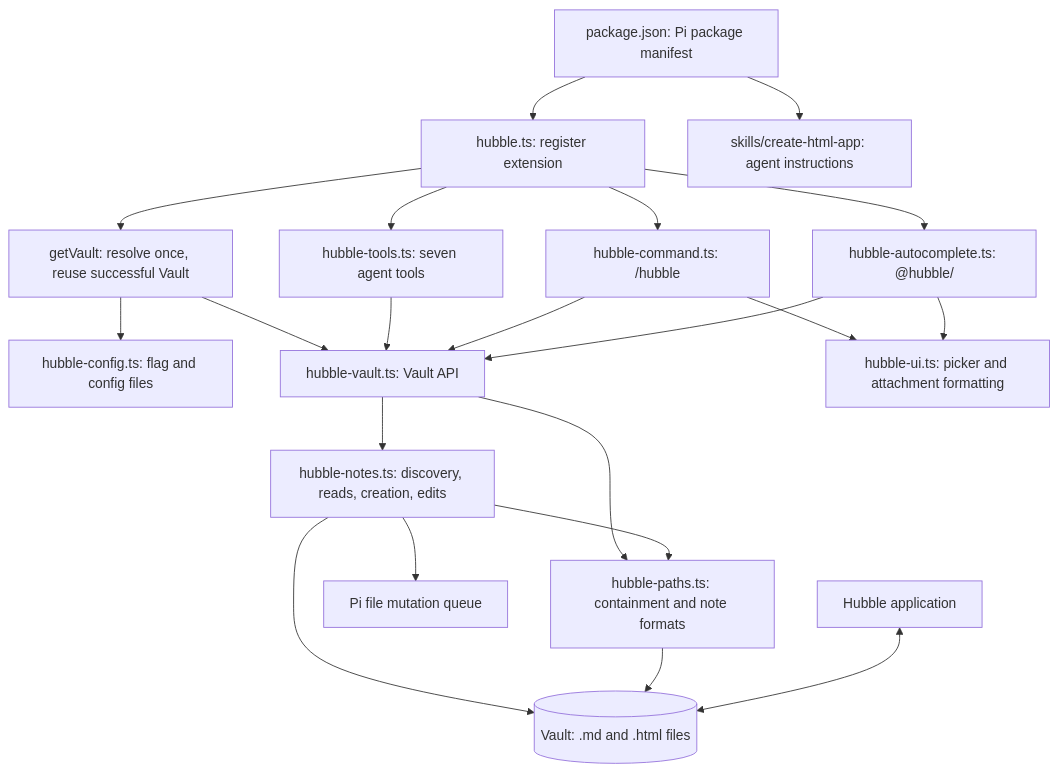
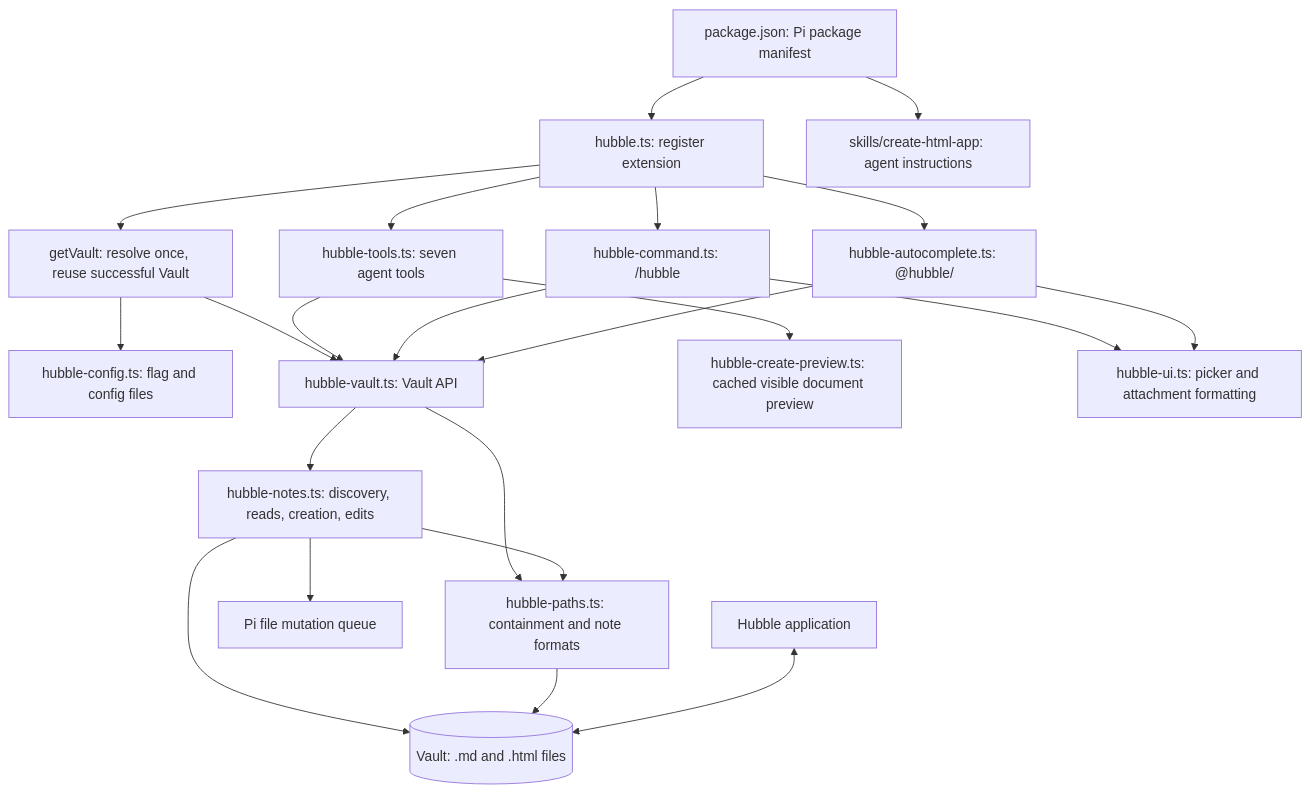
The first of 3 diagrams in ARCHITECTURE.md (jer-k/pi-hubble), drawn with Mermaid before and after one commit. The commit also changed other lines of this file and 24 other files, not shown here.

````diff
--- a/ARCHITECTURE.md
+++ b/ARCHITECTURE.md
@@ -17,23 +17,24 @@
 ```mermaid
 flowchart TD
     Package["package.json: Pi package manifest"] --> Entry["hubble.ts: register extension"]
     Package --> Skill["skills/create-html-app: agent instructions"]
     Entry --> Tools["hubble-tools.ts: seven agent tools"]
     Entry --> Command["hubble-command.ts: /hubble"]
     Entry --> Auto["hubble-autocomplete.ts: @hubble/"]
     Entry --> GetVault["getVault: resolve once, reuse successful Vault"]
     GetVault --> Config["hubble-config.ts: flag and config files"]
     GetVault --> Vault["hubble-vault.ts: Vault API"]
     Tools --> Vault
+    Tools --> Preview["hubble-create-preview.ts: cached visible document preview"]
     Command --> Vault
     Auto --> Vault
     Command --> UI["hubble-ui.ts: picker and attachment formatting"]
     Auto --> UI
     Vault --> Paths["hubble-paths.ts: containment and note formats"]
     Vault --> Notes["hubble-notes.ts: discovery, reads, creation, edits"]
     Notes --> Paths
     Notes --> Queue["Pi file mutation queue"]
     Notes --> Files[("Vault: .md and .html files")]
     Paths --> Files
     Hubble["Hubble application"] <--> Files
 ```
````
